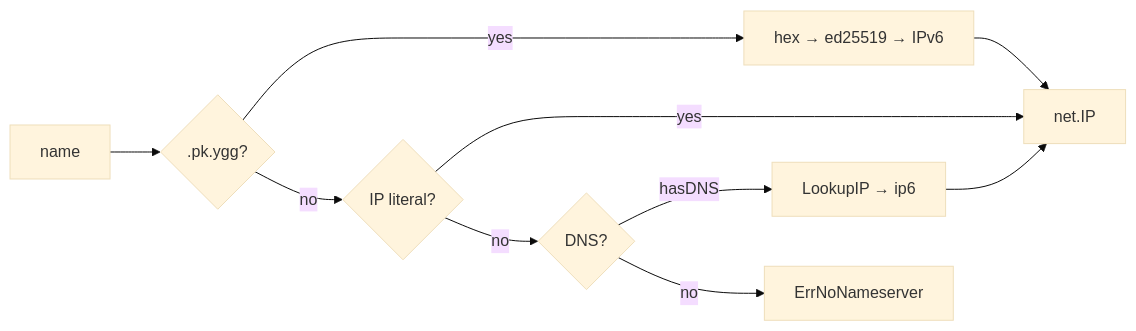
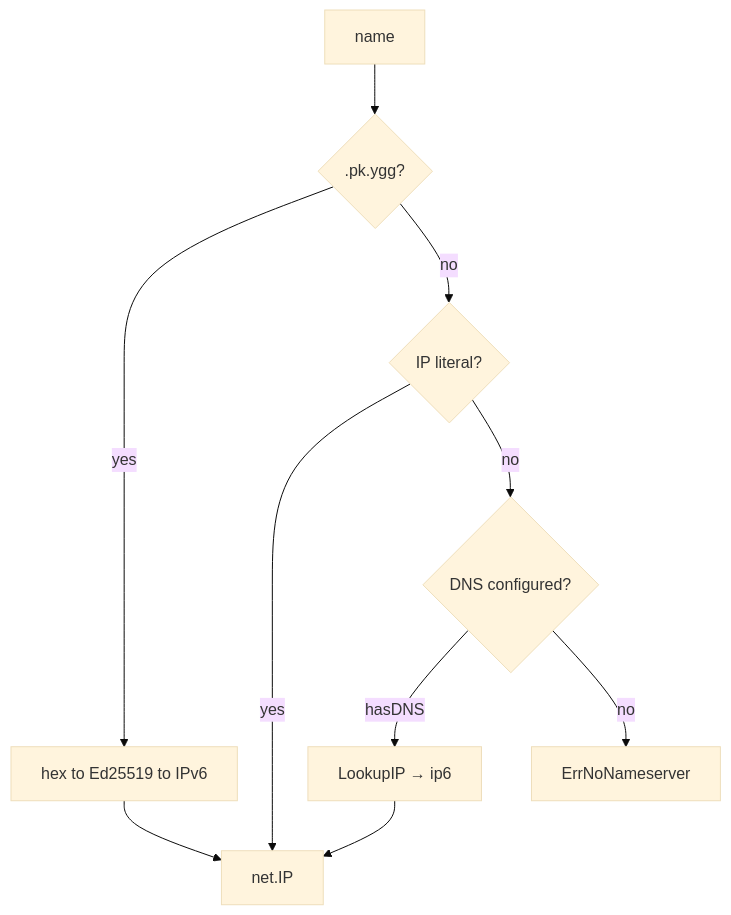
The diagram in mod/resolver/README.md (voluminor/ratatoskr), drawn with Mermaid (base theme) before and after one commit. The commit also changed other lines of this file and 273 other files, not shown here.

````diff
--- a/mod/resolver/README.md
+++ b/mod/resolver/README.md
@@ -21,12 +28,12 @@
 ```mermaid
-flowchart LR
+flowchart TD
     Name["name"] --> PkYgg{".pk.ygg?"}
-    PkYgg -->|" yes "| Decode["hex → ed25519 → IPv6"]
-    PkYgg -->|" no "| IPLit{"IP literal?"}
-    IPLit -->|" yes "| Return["net.IP"]
-    IPLit -->|" no "| DNS{"DNS?"}
+    PkYgg -->|"yes"| Decode["hex to Ed25519 to IPv6"]
+    PkYgg -->|"no"| IPLit{"IP literal?"}
+    IPLit -->|"yes"| Return["net.IP"]
+    IPLit -->|"no"| DNS{"DNS configured?"}
     DNS -->|" hasDNS "| Lookup["LookupIP → ip6"]
     DNS -->|" no "| Err["ErrNoNameserver"]
     Decode --> Return
     Lookup --> Return
 ```
````
